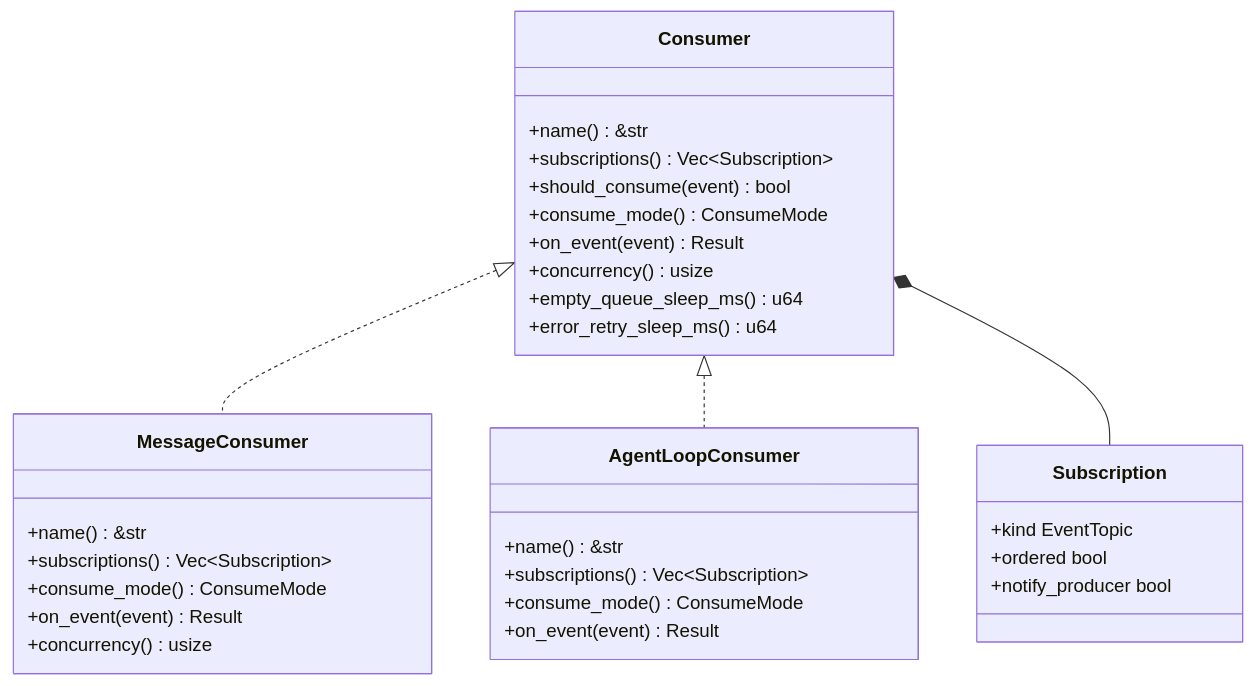
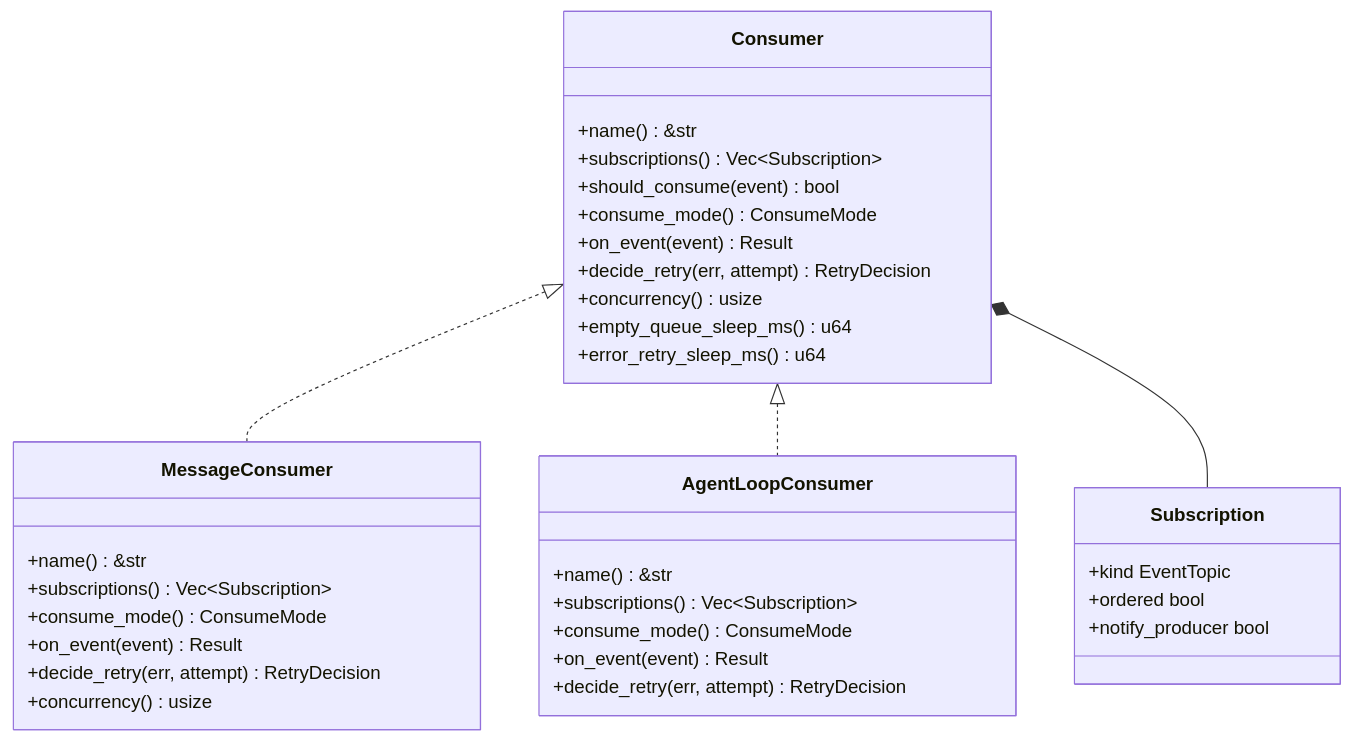
Before and after one commit to runningcoders/ai_orz: the fourth of 7 diagrams in docs/wiki/zh/content/基础设施/AOP 事件系统/AOP 核心架构/生产者消费者模式.md, drawn with Mermaid. The commit also changed other lines of this file and 28 other files, not shown here.

````diff
--- a/docs/wiki/zh/content/基础设施/AOP 事件系统/AOP 核心架构/生产者消费者模式.md
+++ b/docs/wiki/zh/content/基础设施/AOP 事件系统/AOP 核心架构/生产者消费者模式.md
@@ -195,34 +195,37 @@
 ```mermaid
 classDiagram
 class Consumer {
 +name() &str
 +subscriptions() Vec~Subscription~
 +should_consume(event) bool
 +consume_mode() ConsumeMode
 +on_event(event) Result
++decide_retry(err, attempt) RetryDecision
 +concurrency() usize
 +empty_queue_sleep_ms() u64
 +error_retry_sleep_ms() u64
 }
 class Subscription {
 +kind EventTopic
 +ordered bool
 +notify_producer bool
 }
 class MessageConsumer {
 +name() &str
 +subscriptions() Vec~Subscription~
 +consume_mode() ConsumeMode
 +on_event(event) Result
++decide_retry(err, attempt) RetryDecision
 +concurrency() usize
 }
 class AgentLoopConsumer {
 +name() &str
 +subscriptions() Vec~Subscription~
 +consume_mode() ConsumeMode
 +on_event(event) Result
++decide_retry(err, attempt) RetryDecision
 }
 Consumer <|.. MessageConsumer
 Consumer <|.. AgentLoopConsumer
 Consumer *-- Subscription
 ```
````
